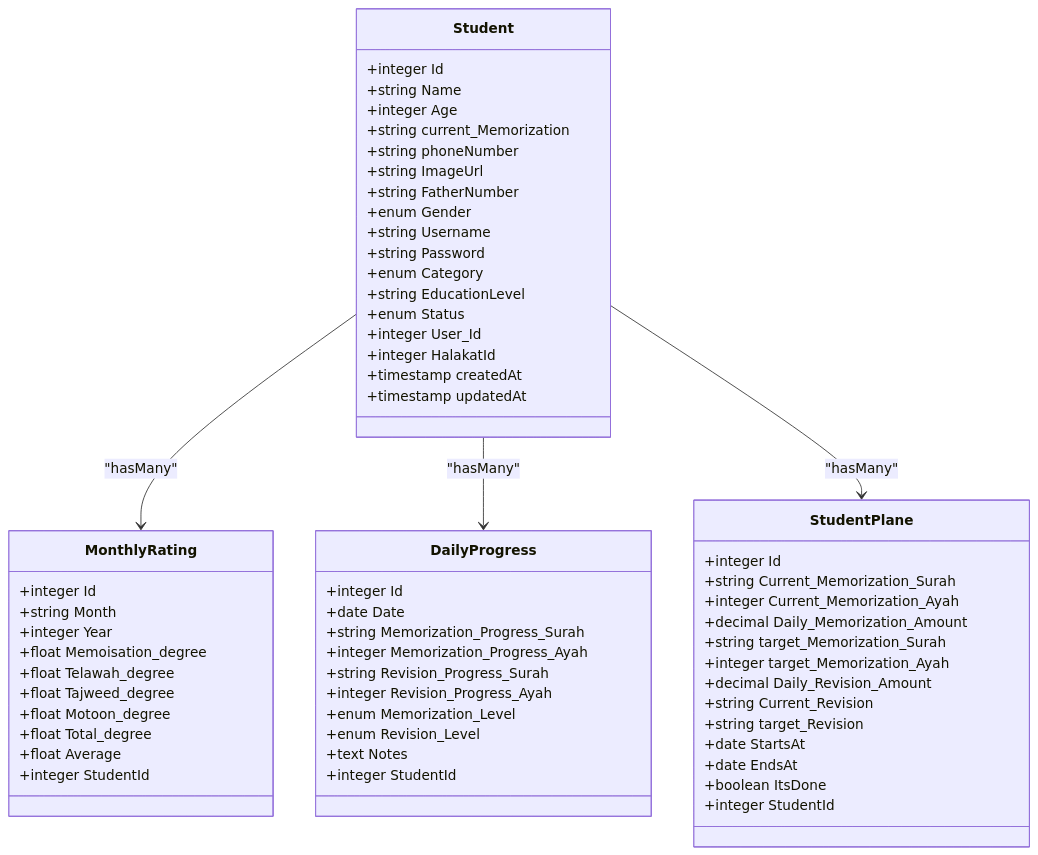
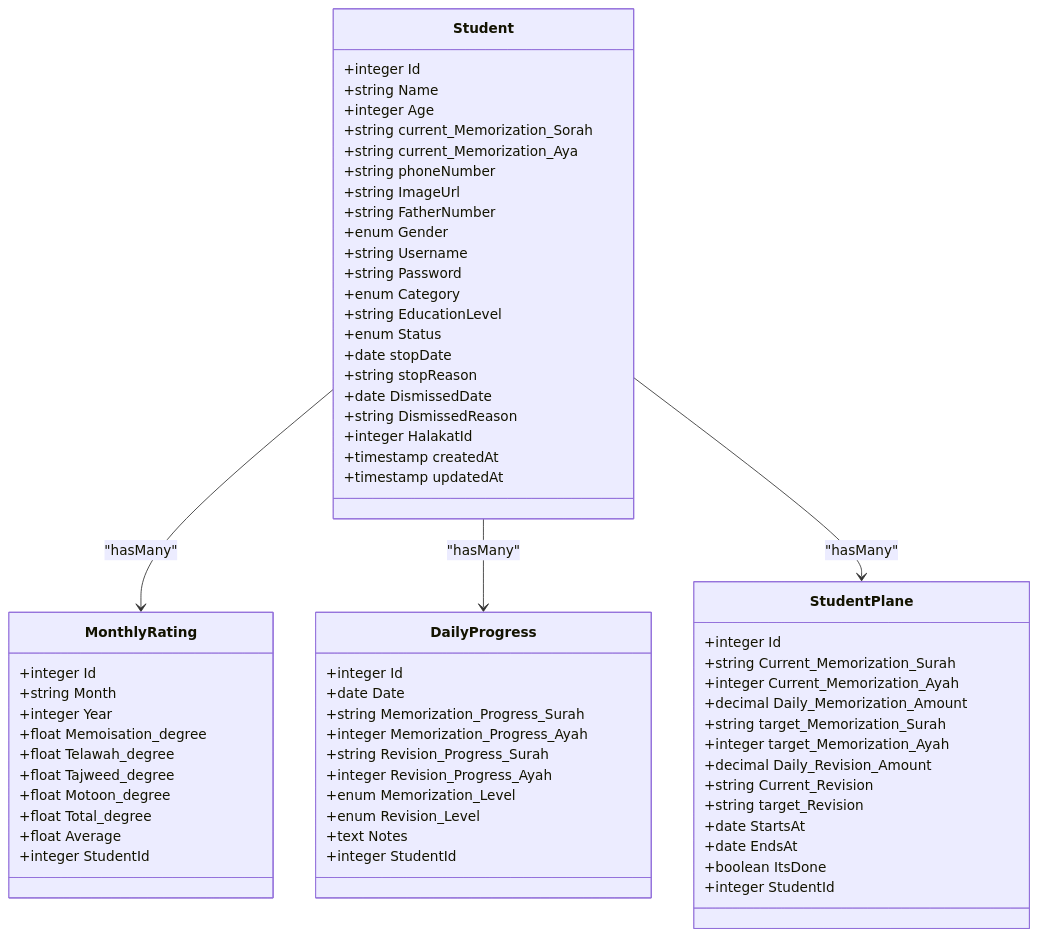
Before and after one commit to Mreng78/khirocom_project: the seventh of 8 diagrams in .qoder/repowiki/en/content/Database Design/Student Model.md, drawn with Mermaid. The commit also changed other lines of this file and 17 other files, not shown here.

````diff
--- a/.qoder/repowiki/en/content/Database Design/Student Model.md
+++ b/.qoder/repowiki/en/content/Database Design/Student Model.md
@@ -291,64 +299,68 @@
 ```mermaid
 classDiagram
 class Student {
 +integer Id
 +string Name
 +integer Age
-+string current_Memorization
++string current_Memorization_Sorah
++string current_Memorization_Aya
 +string phoneNumber
 +string ImageUrl
 +string FatherNumber
 +enum Gender
 +string Username
 +string Password
 +enum Category
 +string EducationLevel
 +enum Status
-+integer User_Id
++date stopDate
++string stopReason
++date DismissedDate
++string DismissedReason
 +integer HalakatId
 +timestamp createdAt
 +timestamp updatedAt
 }
 class MonthlyRating {
 +integer Id
 +string Month
 +integer Year
 +float Memoisation_degree
 +float Telawah_degree
 +float Tajweed_degree
 +float Motoon_degree
 +float Total_degree
 +float Average
 +integer StudentId
 }
 class DailyProgress {
 +integer Id
 +date Date
 +string Memorization_Progress_Surah
 +integer Memorization_Progress_Ayah
 +string Revision_Progress_Surah
 +integer Revision_Progress_Ayah
 +enum Memorization_Level
 +enum Revision_Level
 +text Notes
 +integer StudentId
 }
 class StudentPlane {
 +integer Id
 +string Current_Memorization_Surah
 +integer Current_Memorization_Ayah
 +decimal Daily_Memorization_Amount
 +string target_Memorization_Surah
 +integer target_Memorization_Ayah
 +decimal Daily_Revision_Amount
 +string Current_Revision
 +string target_Revision
 +date StartsAt
 +date EndsAt
 +boolean ItsDone
 +integer StudentId
 }
 Student --> MonthlyRating : "hasMany"
 Student --> DailyProgress : "hasMany"
 Student --> StudentPlane : "hasMany"
 ```
````
